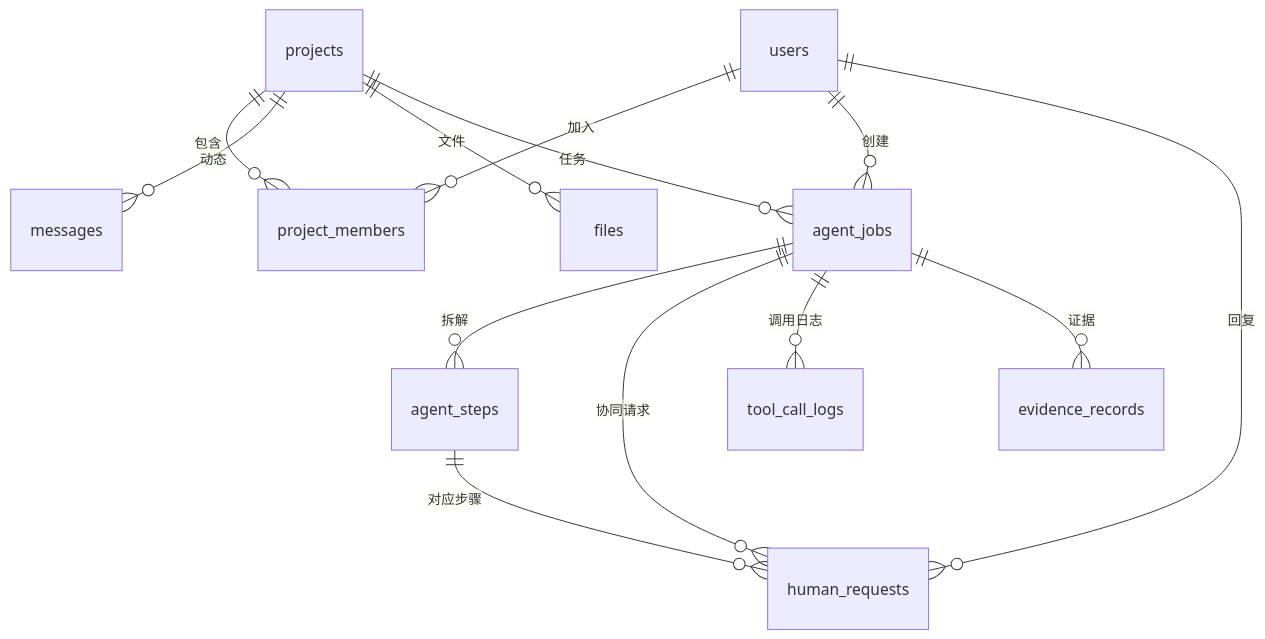
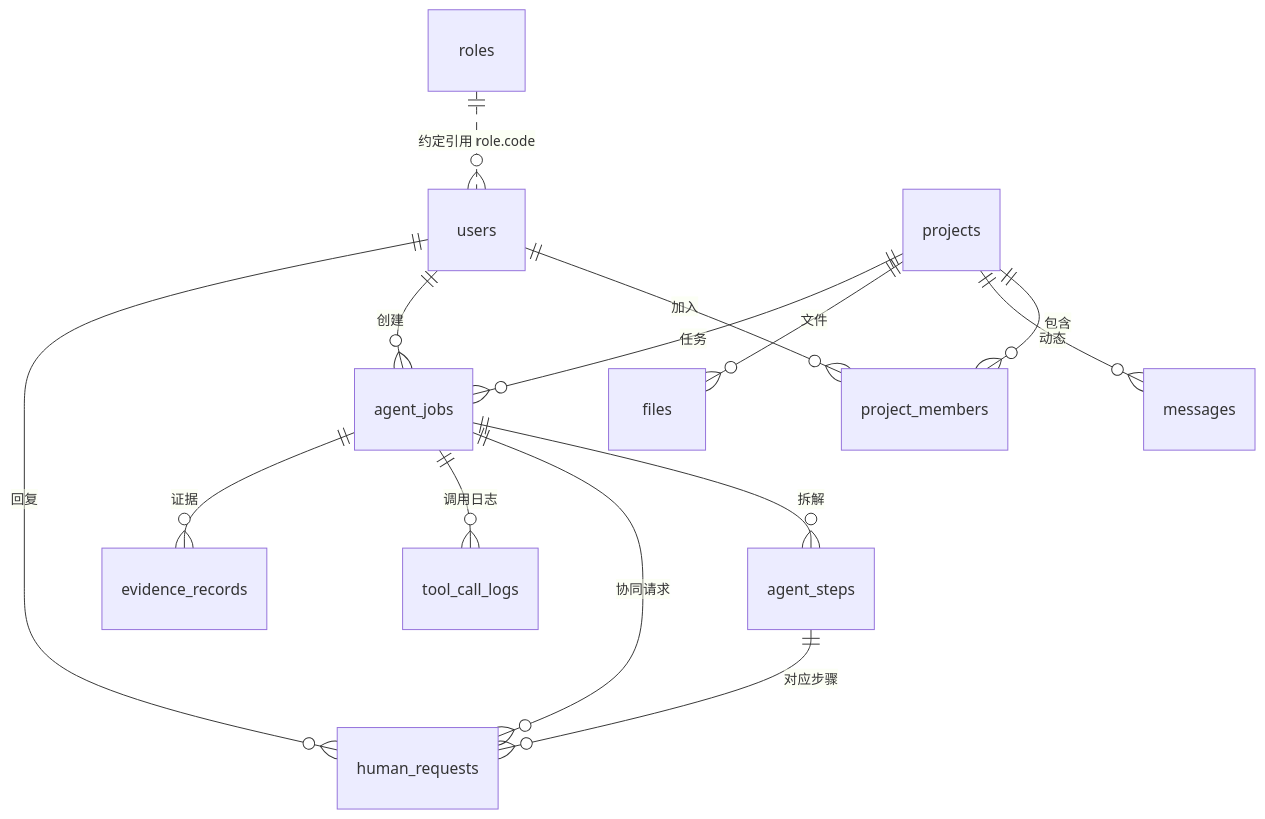
One commit to zhiyuelinghang/eng-pm-agent changed the diagram in doc/v3/数据表设计.md. Above: the diagram before and after it, drawn with Mermaid. The commit also changed other lines of this file and 46 other files, not shown here.

````diff
--- a/doc/v3/数据表设计.md
+++ b/doc/v3/数据表设计.md
@@ -217,16 +232,17 @@
 ```mermaid
 erDiagram
+    roles ||..o{ users : "约定引用 role.code"
     users ||--o{ project_members : "加入"
     projects ||--o{ project_members : "包含"
     projects ||--o{ messages : "动态"
     projects ||--o{ files : "文件"
 
     projects ||--o{ agent_jobs : "任务"
     users ||--o{ agent_jobs : "创建"
     agent_jobs ||--o{ agent_steps : "拆解"
     agent_jobs ||--o{ human_requests : "协同请求"
     agent_steps ||--o{ human_requests : "对应步骤"
     agent_jobs ||--o{ tool_call_logs : "调用日志"
     agent_jobs ||--o{ evidence_records : "证据"
     users ||--o{ human_requests : "回复"
 ```
````
